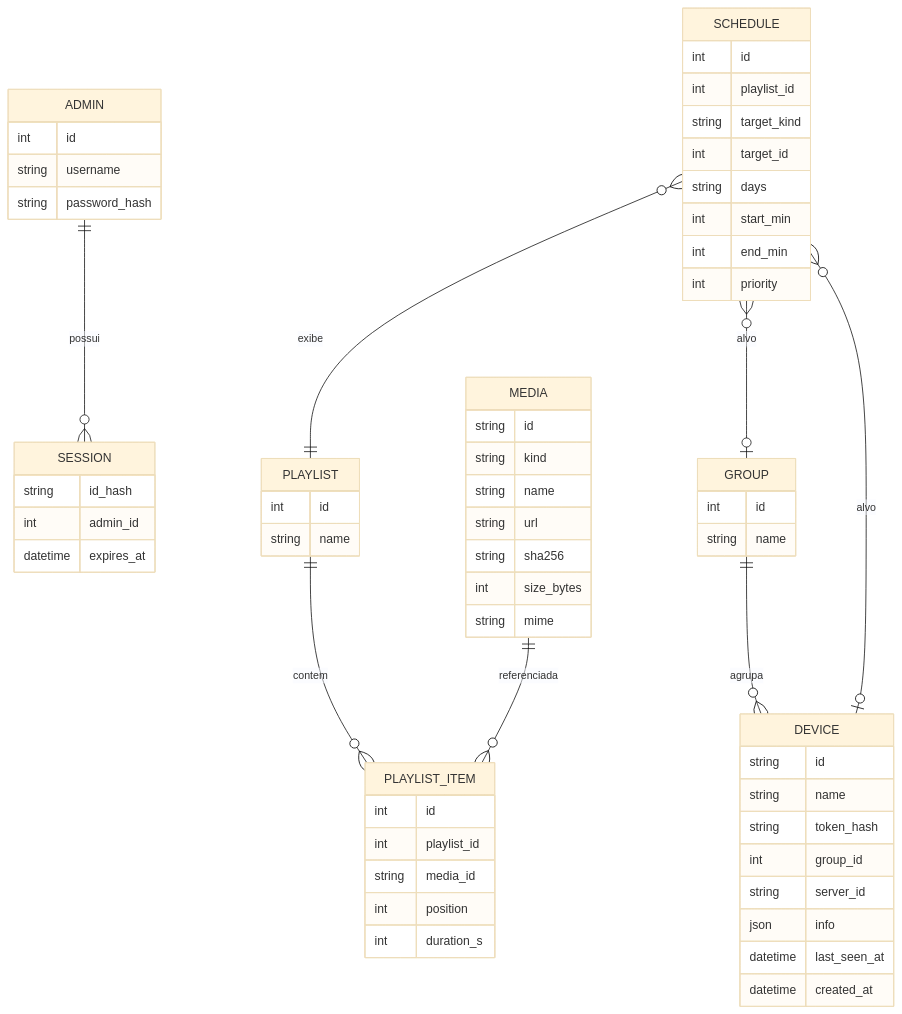
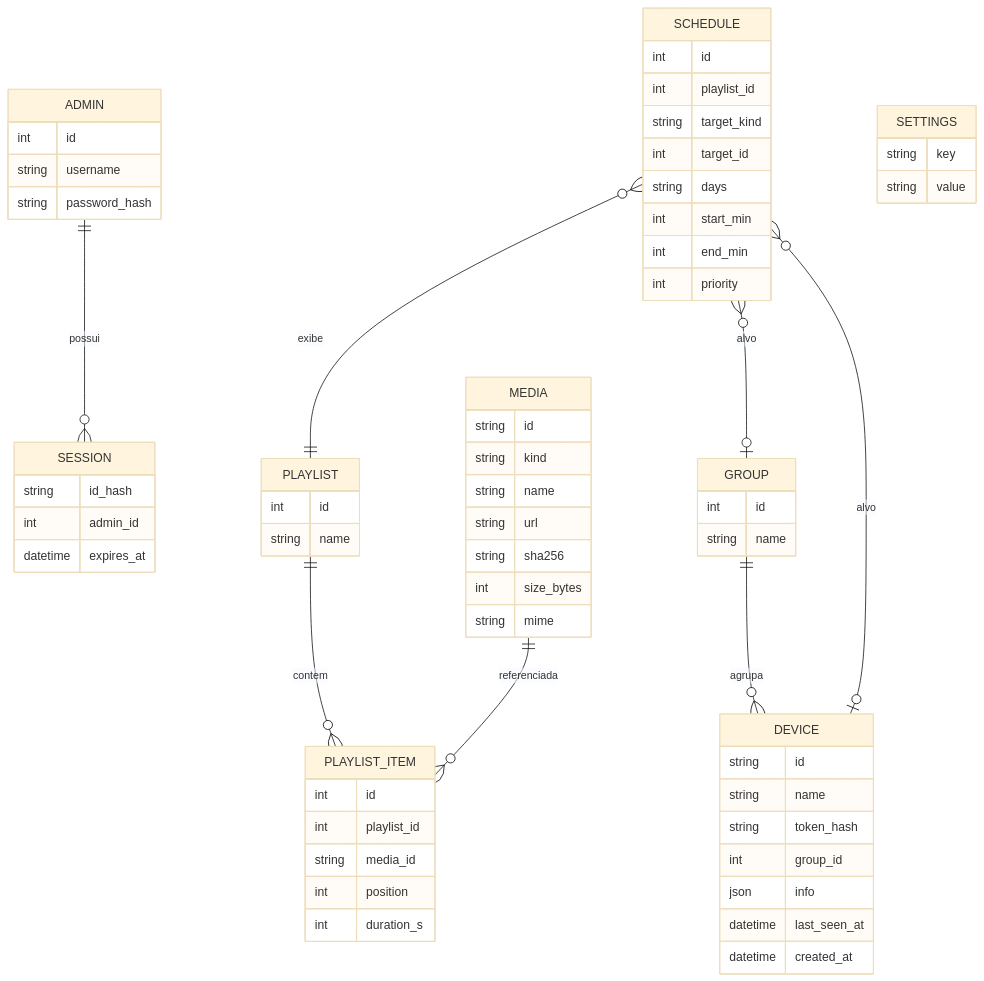
Before and after one commit to Kelvin-Jesus/beyond-TV: the third of 3 diagrams in docs/PLANO_DE_DESENVOLVIMENTO.md, drawn with Mermaid (base theme). The commit also changed other lines of this file and 3 other files, not shown here.

````diff
--- a/docs/PLANO_DE_DESENVOLVIMENTO.md
+++ b/docs/PLANO_DE_DESENVOLVIMENTO.md
@@ -295,19 +295,20 @@
 ```mermaid
 erDiagram
     ADMIN ||--o{ SESSION : possui
     GROUP ||--o{ DEVICE : agrupa
     PLAYLIST ||--o{ PLAYLIST_ITEM : contem
     MEDIA ||--o{ PLAYLIST_ITEM : referenciada
     SCHEDULE }o--|| PLAYLIST : exibe
     SCHEDULE }o--o| DEVICE : alvo
     SCHEDULE }o--o| GROUP : alvo
 
     ADMIN { int id string username string password_hash }
     SESSION { string id_hash int admin_id datetime expires_at }
-    DEVICE { string id string name string token_hash int group_id string server_id json info datetime last_seen_at datetime created_at }
+    SETTINGS { string key string value }
+    DEVICE { string id string name string token_hash int group_id json info datetime last_seen_at datetime created_at }
     GROUP { int id string name }
     MEDIA { string id string kind string name string url string sha256 int size_bytes string mime }
     PLAYLIST { int id string name }
     PLAYLIST_ITEM { int id int playlist_id string media_id int position int duration_s }
     SCHEDULE { int id int playlist_id string target_kind int target_id string days int start_min int end_min int priority }
 ```
````
